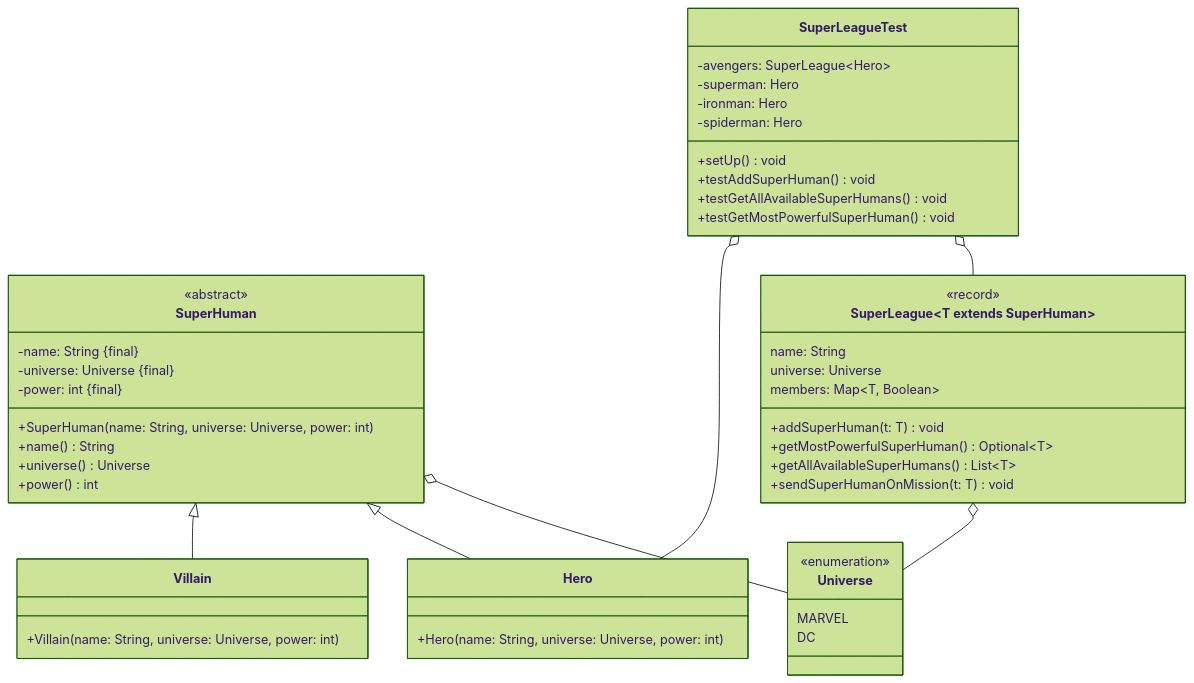
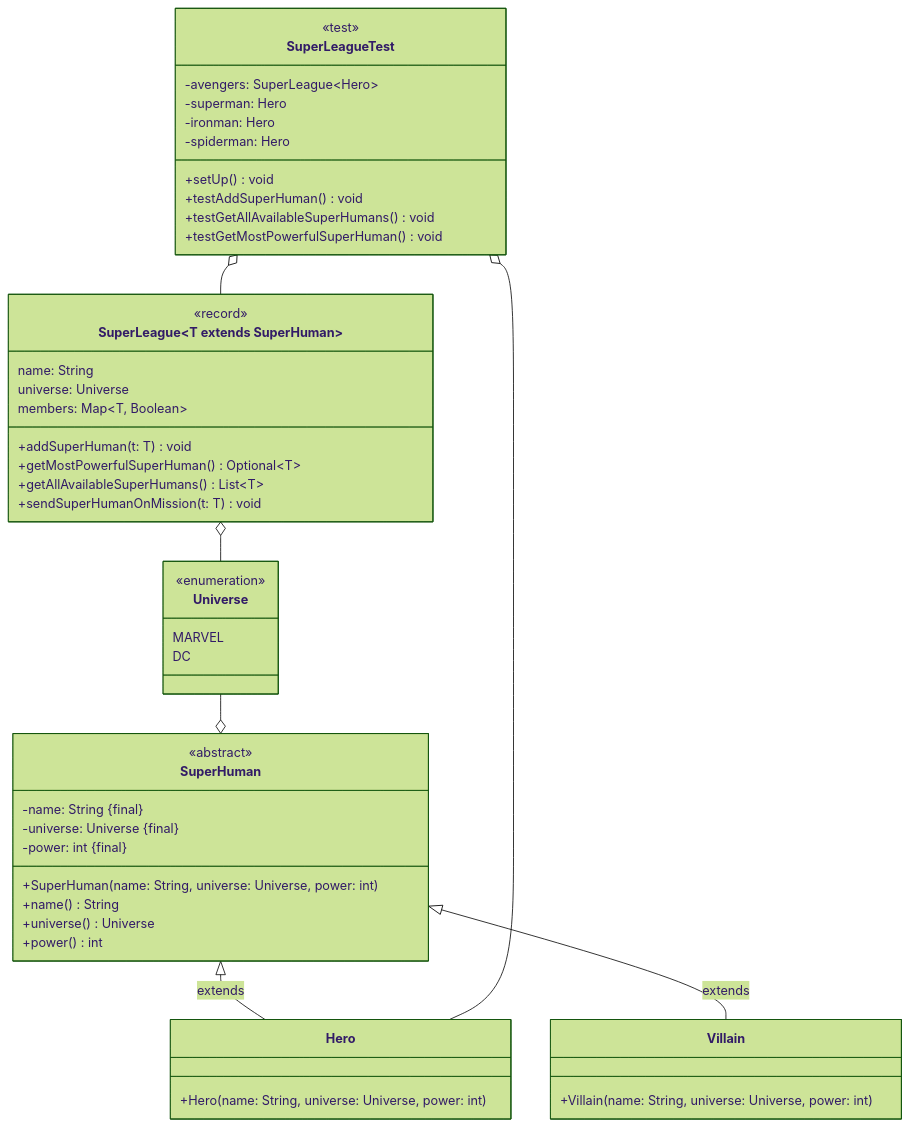
One commit to jappuccini/java-docs changed the first of 3 diagrams in docs/additional-material/daniel/sample-exam-java2.md. Above: the diagram before and after it, drawn with Mermaid (forest theme). The commit also changed other lines of this file and 36 other files, not shown here.

````diff
--- a/docs/additional-material/daniel/sample-exam-java2.md
+++ b/docs/additional-material/daniel/sample-exam-java2.md
@@ -35,56 +35,57 @@
 ```mermaid
 classDiagram
-    SuperHuman <|-- Villain
-    SuperHuman <|-- Hero
-    SuperHuman o-- Universe
+    SuperHuman <|-- Villain : extends
+    SuperHuman <|-- Hero : extends
+    Universe --o SuperHuman
     SuperLeague~T extends SuperHuman~ o-- Universe
     SuperLeagueTest o-- Hero
     SuperLeagueTest o-- SuperLeague
 
     class SuperHuman {
         <<abstract>>
         -name: String &#123final&#125
         -universe: Universe &#123final&#125
         -power: int &#123final&#125
         +SuperHuman(name: String, universe: Universe, power: int)
         +name() String
         +universe() Universe
         +power() int
     }
 
     class Villain {
         +Villain(name: String, universe: Universe, power: int)
     }
 
     class Hero {
         +Hero(name: String, universe: Universe, power: int)
     }
 
     class Universe {
         <<enumeration>>
         MARVEL
         DC
     }
 
     class SuperLeague~T extends SuperHuman~ {
         <<record>>
         name: String
         universe: Universe
         members: Map~T, Boolean~
         +addSuperHuman(t: T) void
         +getMostPowerfulSuperHuman() Optional~T~
         +getAllAvailableSuperHumans() List~T~
         +sendSuperHumanOnMission(t: T) void
     }
 
     class SuperLeagueTest {
+        <<test>>
         -avengers: SuperLeague~Hero~
         -superman: Hero
         -ironman: Hero
         -spiderman: Hero
         +setUp() void
         +testAddSuperHuman() void
         +testGetAllAvailableSuperHumans() void
         +testGetMostPowerfulSuperHuman() void
     }
 ```
````
